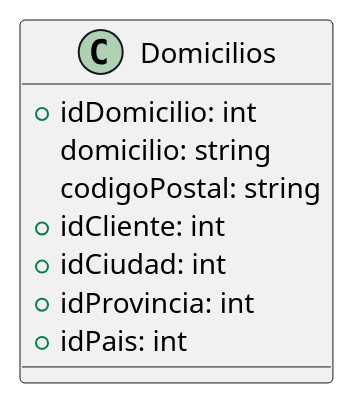
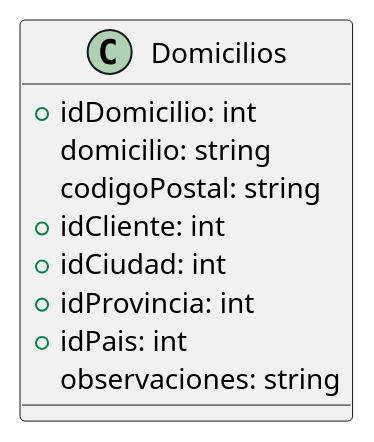
The diagram in DiagramaClases/Clases/Domicilios.puml (ZMGestion/DocumentacionZMGestion), drawn with PlantUML before and after one commit. The commit also changed 9 other files, not shown here.

```diff
--- a/DiagramaClases/Clases/Domicilios.puml
+++ b/DiagramaClases/Clases/Domicilios.puml
@@ -1,11 +1,12 @@
 @startuml Domicilios
 class Domicilios{
     +idDomicilio: int
     domicilio: string
     codigoPostal: string
     +idCliente: int
     +idCiudad: int
     +idProvincia: int
     +idPais: int
+    observaciones: string
 }
 @enduml
```
